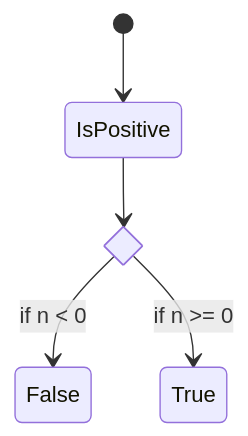
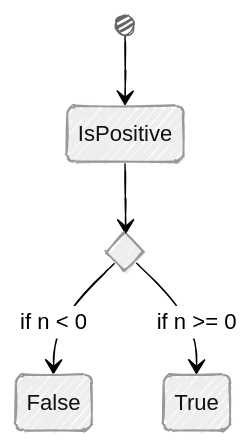
One commit to Kuziomkin/diagrams changed the first of 5 diagrams in erd_example.md. Above: the diagram before and after it, drawn with Mermaid.

````diff
--- a/erd_example.md
+++ b/erd_example.md
@@ -3,8 +3,13 @@
 ```mermaid
+---
+config:
+  look: handDrawn
+  theme: neutral
+---
     stateDiagram-v2
         state if_state <<choice>>
         [*] --> IsPositive
         IsPositive --> if_state
         if_state --> False: if n < 0
         if_state --> True : if n >= 0
 ```
````
